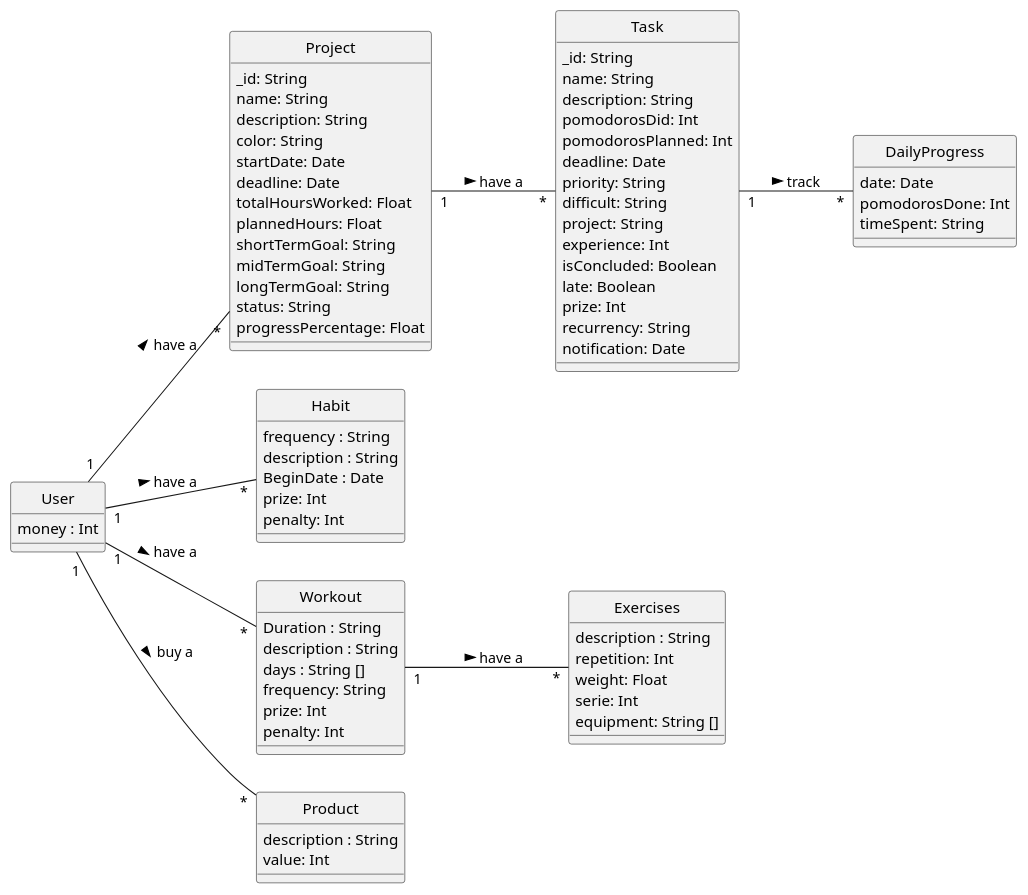
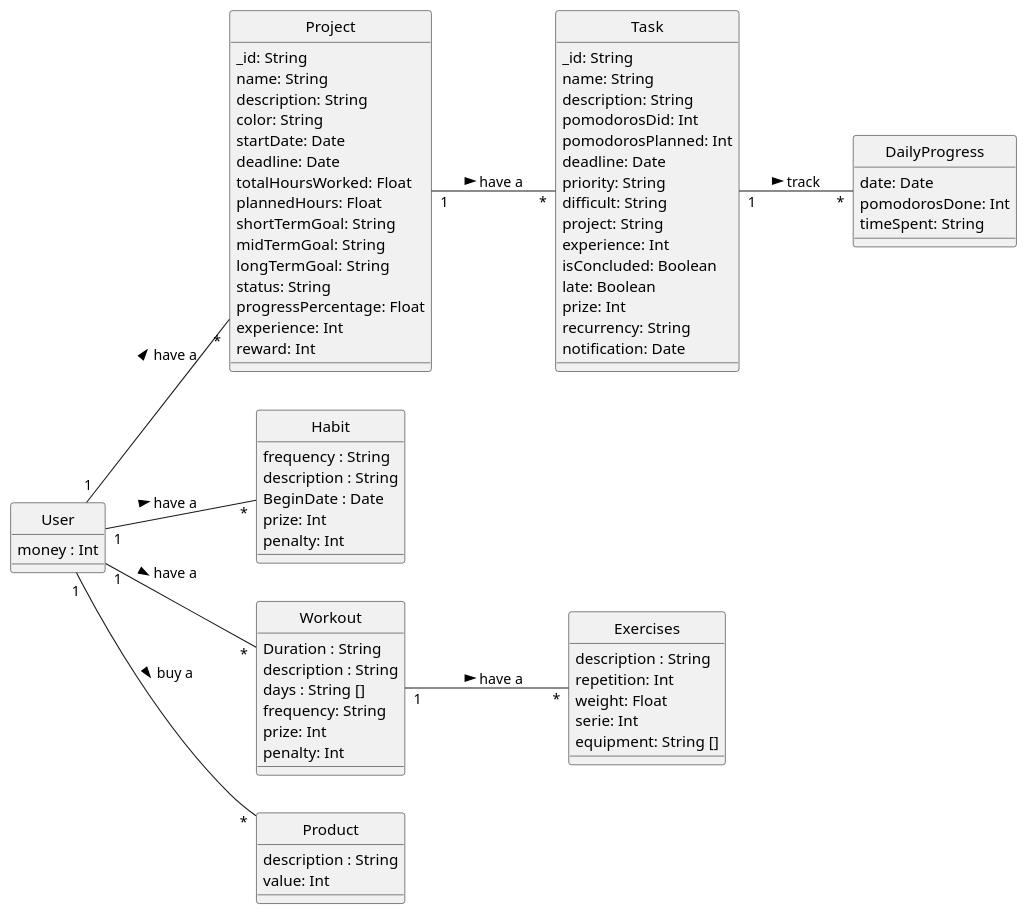
One commit to joao-felipe3/SecondBrain changed the diagram in Project/ClassDiagram.puml. Above: the diagram before and after it, drawn with PlantUML. The commit also changed 3 other files, not shown here.

```diff
--- a/Project/ClassDiagram.puml
+++ b/Project/ClassDiagram.puml
@@ -1,86 +1,88 @@
 @startuml Classes
 skinparam style strictuml
 left to right direction
 
 class Task {
     _id: String 
     name: String
     description: String 
     pomodorosDid: Int
     pomodorosPlanned: Int
     deadline: Date
     priority: String 
     difficult: String
     project: String
     experience: Int
     isConcluded: Boolean
     late: Boolean
     prize: Int
     recurrency: String
     notification: Date
 }
 
 class Project {
     _id: String 
     name: String
     description: String
     color: String
     startDate: Date
     deadline: Date
     totalHoursWorked: Float
     plannedHours: Float
     shortTermGoal: String
     midTermGoal: String
     longTermGoal: String
     status: String
     progressPercentage: Float
+    experience: Int
+    reward: Int
 }
 
 class Habit {
     frequency : String
     description : String
     BeginDate : Date
     prize: Int
     penalty: Int
 }
 
 class User {
     money : Int
 }
 
 class Workout {
     Duration : String
     description : String
     days : String []
     frequency: String
     prize: Int
     penalty: Int
 }
 
 class Exercises {
     description : String
     repetition: Int
     weight: Float
     serie: Int
     equipment: String []
 }
 
 class Product {
     description : String
     value: Int
 }
 
 class DailyProgress {
     date: Date
     pomodorosDone: Int
     timeSpent: String
 }
 
 Task "1" -- "*" DailyProgress: track >
 User "1" -- "*" Project: have a >
 Project "1" -- "*" Task: have a >
 User "1" -- "*" Habit: have a >
 User "1" -- "*" Workout: have a >
 Workout "1" -- "*" Exercises: have a >
 User "1" -- "*" Product: buy a >
 @enduml
```
